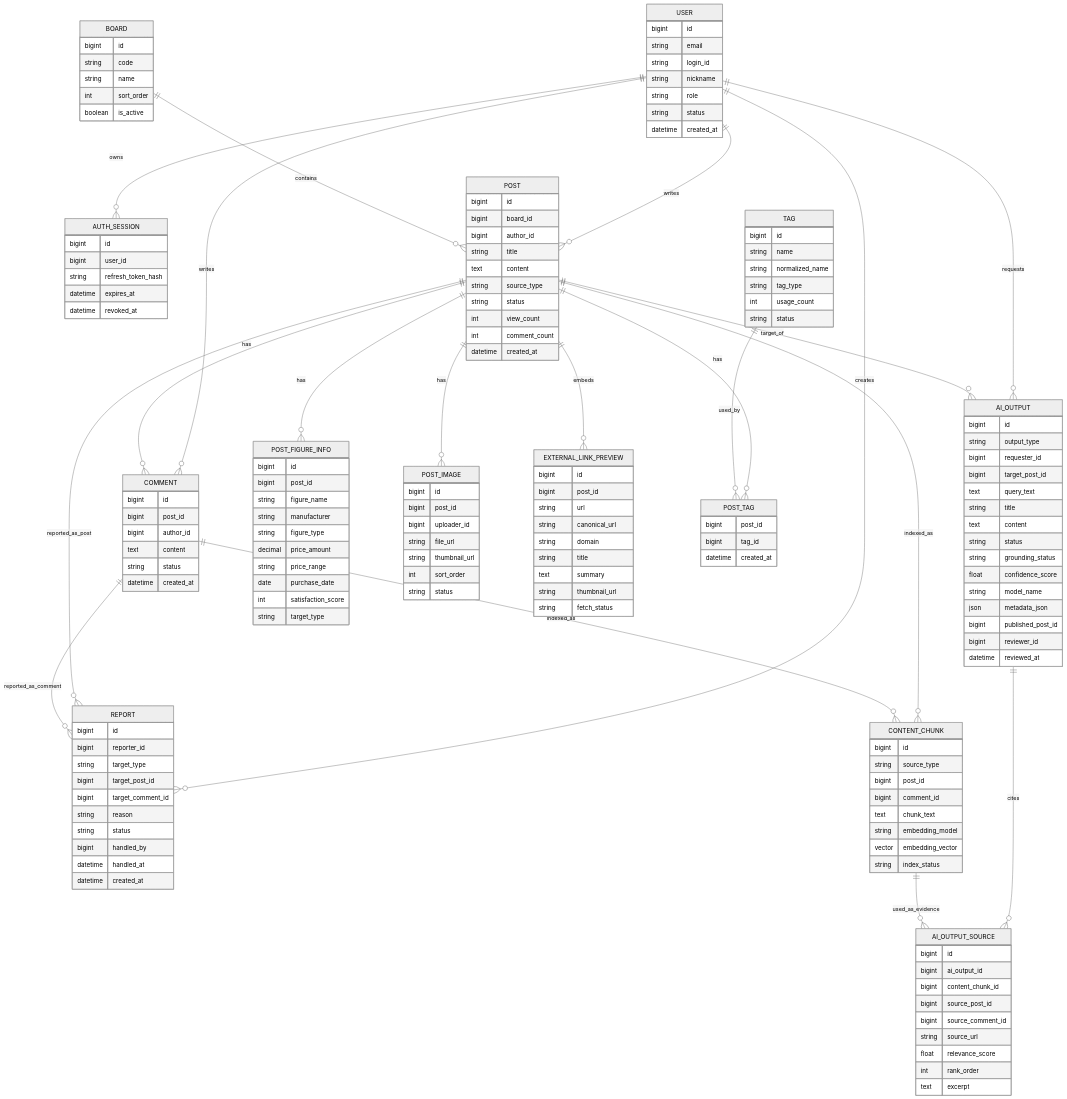
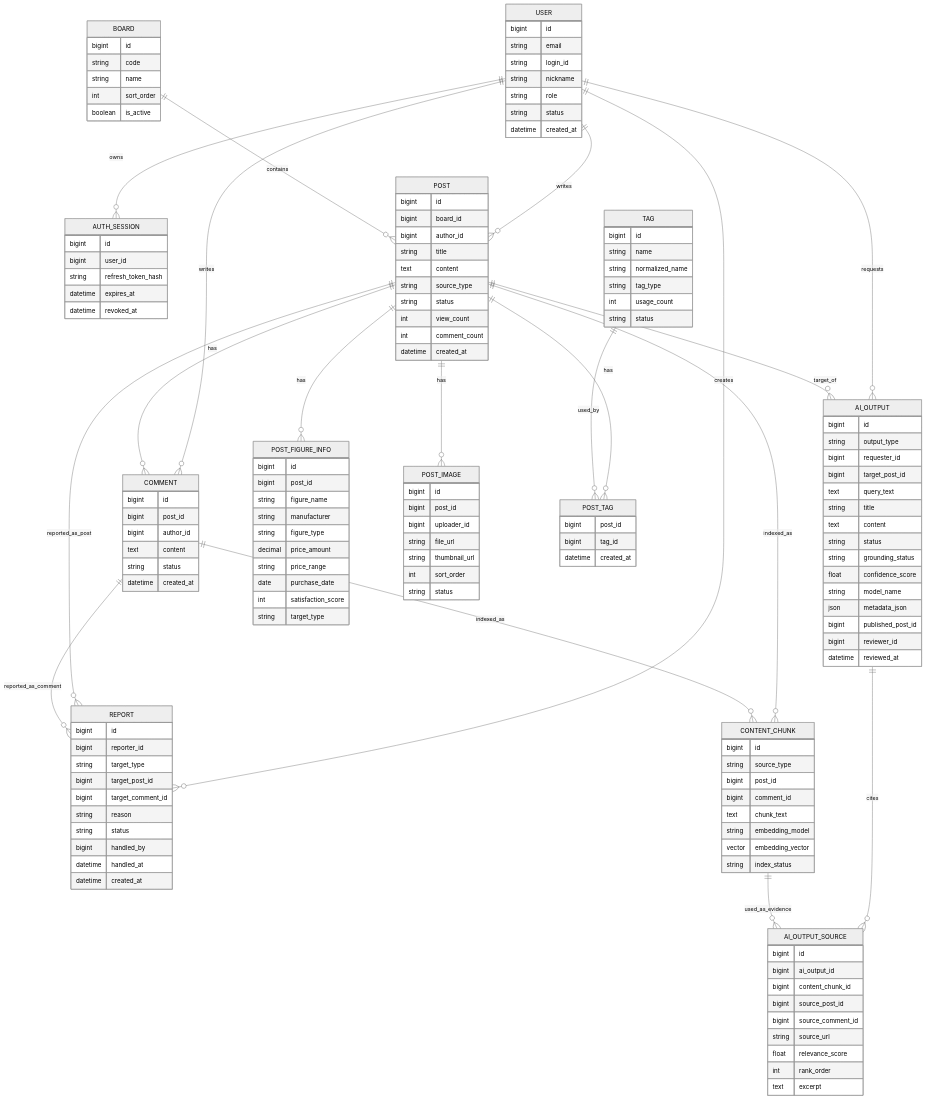
Before and after one commit to Soldbone/AI-board: the diagram in yoonji/docs/database/schema-design.md, drawn with Mermaid (neutral theme). The commit also changed other lines of this file and 27 other files, not shown here.

```diff
--- a/yoonji/docs/database/schema-design.md
+++ b/yoonji/docs/database/schema-design.md
@@ -614,7 +575,6 @@
     POST ||--o{ POST_FIGURE_INFO : has
     POST ||--o{ POST_IMAGE : has
     POST ||--o{ COMMENT : has
-    POST ||--o{ EXTERNAL_LINK_PREVIEW : embeds
     POST ||--o{ CONTENT_CHUNK : indexed_as
     POST ||--o{ AI_OUTPUT : target_of
     POST ||--o{ REPORT : reported_as_post
@@ -714,18 +674,6 @@
       string status
     }
 
-    EXTERNAL_LINK_PREVIEW {
-      bigint id
-      bigint post_id
-      string url
-      string canonical_url
-      string domain
-      string title
-      text summary
-      string thumbnail_url
-      string fetch_status
-    }
-
     CONTENT_CHUNK {
       bigint id
       string source_type
```
